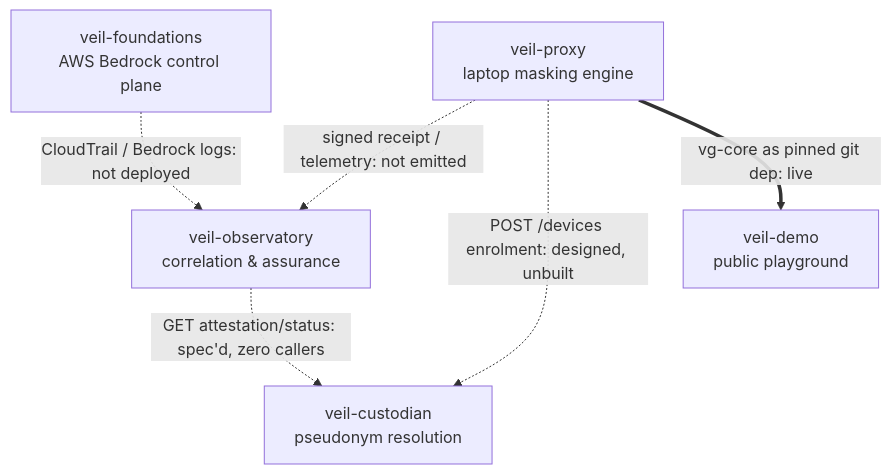
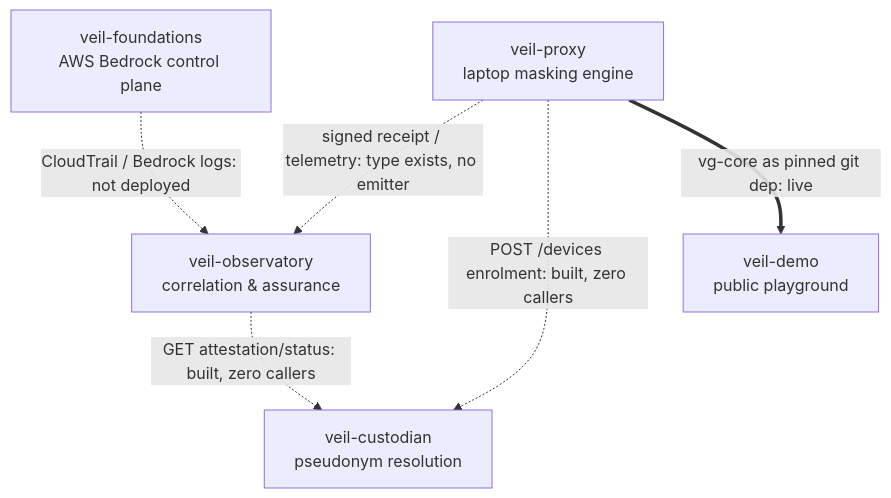
One commit to dermdunc/veil-ecosystem changed the diagram in docs/architecture.md. Above: the diagram before and after it, drawn with Mermaid. The commit also changed other lines of this file and 4 other files, not shown here.

````diff
--- a/docs/architecture.md
+++ b/docs/architecture.md
@@ -157,14 +179,14 @@
 ```mermaid
 flowchart TB
     VP["veil-proxy<br/>laptop masking engine"]
     WG["veil-foundations<br/>AWS Bedrock control plane"]
     OBS["veil-observatory<br/>correlation & assurance"]
     CUST["veil-custodian<br/>pseudonym resolution"]
     DEMO["veil-demo<br/>public playground"]
 
-    VP -. "signed receipt / telemetry: not emitted" .-> OBS
+    VP -. "signed receipt / telemetry: type exists, no emitter" .-> OBS
     WG -. "CloudTrail / Bedrock logs: not deployed" .-> OBS
-    OBS -. "GET attestation/status: spec'd, zero callers" .-> CUST
-    VP -. "POST /devices enrolment: designed, unbuilt" .-> CUST
+    OBS -. "GET attestation/status: built, zero callers" .-> CUST
+    VP -. "POST /devices enrolment: built, zero callers" .-> CUST
     VP == "vg-core as pinned git dep: live" ==> DEMO
 ```
````
